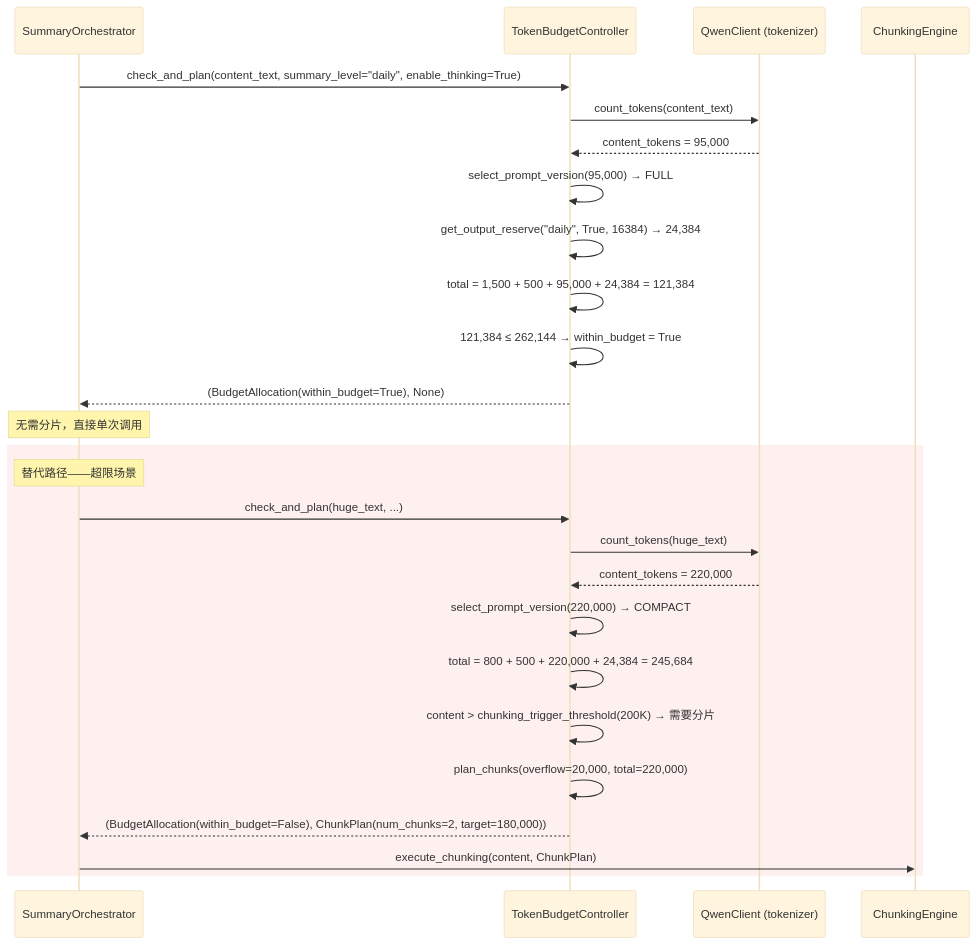
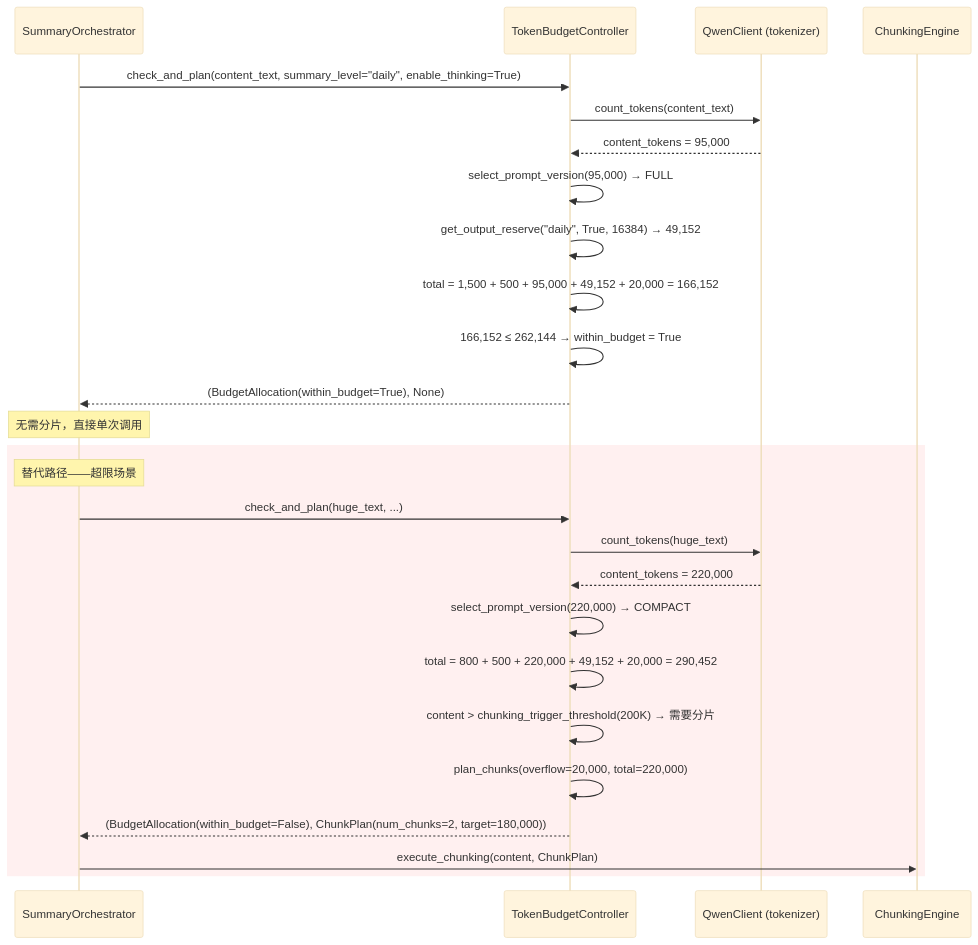
One commit to SherlockHao/summary-pipeline changed the fourth of 4 diagrams in docs/sections/arch_module5_api.md. Above: the diagram before and after it, drawn with Mermaid (base theme). The commit also changed other lines of this file and 8 other files, not shown here.

````diff
--- a/docs/sections/arch_module5_api.md
+++ b/docs/sections/arch_module5_api.md
@@ -749,32 +766,32 @@
 ```mermaid
 sequenceDiagram
     participant Orch as SummaryOrchestrator
     participant TBC as TokenBudgetController
     participant QC as QwenClient (tokenizer)
     participant CE as ChunkingEngine
 
     Orch->>TBC: check_and_plan(content_text, summary_level="daily", enable_thinking=True)
     TBC->>QC: count_tokens(content_text)
     QC-->>TBC: content_tokens = 95,000
 
     TBC->>TBC: select_prompt_version(95,000) → FULL
-    TBC->>TBC: get_output_reserve("daily", True, 16384) → 24,384
-    TBC->>TBC: total = 1,500 + 500 + 95,000 + 24,384 = 121,384
-    TBC->>TBC: 121,384 ≤ 262,144 → within_budget = True
+    TBC->>TBC: get_output_reserve("daily", True, 16384) → 49,152
+    TBC->>TBC: total = 1,500 + 500 + 95,000 + 49,152 + 20,000 = 166,152
+    TBC->>TBC: 166,152 ≤ 262,144 → within_budget = True
 
     TBC-->>Orch: (BudgetAllocation(within_budget=True), None)
     Note over Orch: 无需分片，直接单次调用
 
     rect rgb(255, 240, 240)
         Note over Orch: 替代路径——超限场景
         Orch->>TBC: check_and_plan(huge_text, ...)
         TBC->>QC: count_tokens(huge_text)
         QC-->>TBC: content_tokens = 220,000
         TBC->>TBC: select_prompt_version(220,000) → COMPACT
-        TBC->>TBC: total = 800 + 500 + 220,000 + 24,384 = 245,684
+        TBC->>TBC: total = 800 + 500 + 220,000 + 49,152 + 20,000 = 290,452
         TBC->>TBC: content > chunking_trigger_threshold(200K) → 需要分片
         TBC->>TBC: plan_chunks(overflow=20,000, total=220,000)
         TBC-->>Orch: (BudgetAllocation(within_budget=False), ChunkPlan(num_chunks=2, target=180,000))
         Orch->>CE: execute_chunking(content, ChunkPlan)
     end
 ```
````
